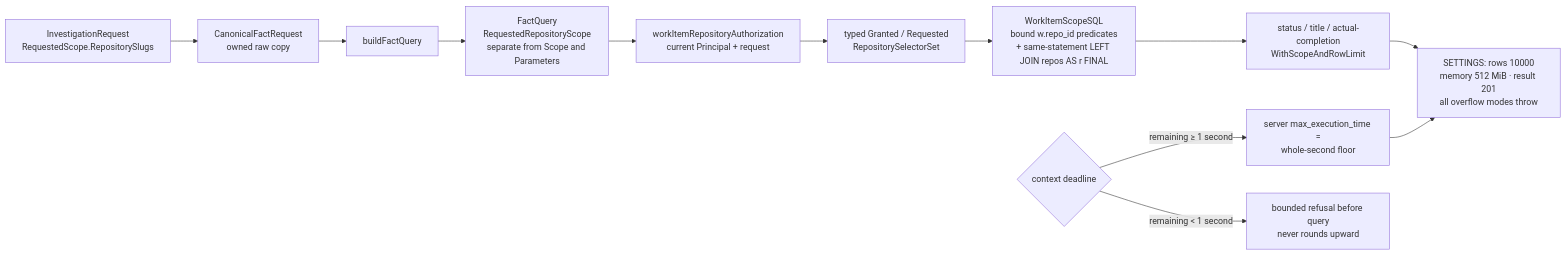
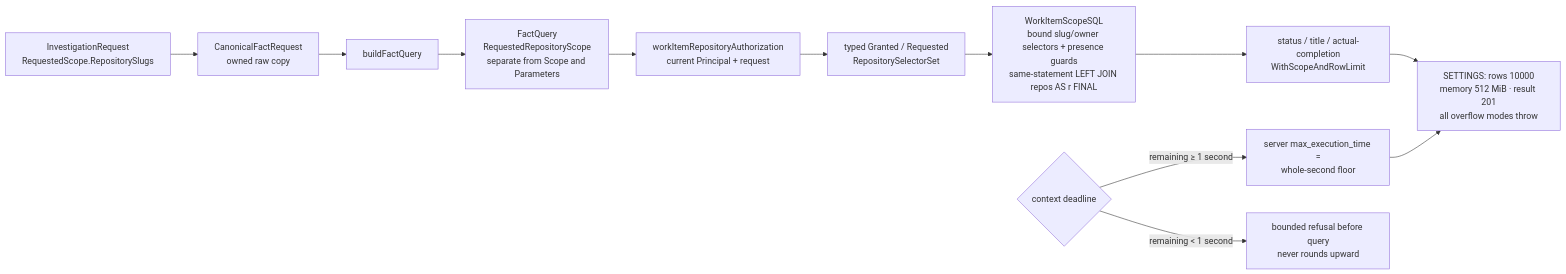
Before and after one commit to full-chaos/dev-health-acr: the fifth of 21 diagrams in docs/design/context-fabric-architecture-diagrams.md, drawn with Mermaid. The commit also changed other lines of this file, not shown here.

Commit message:
docs: clarify live selector metadata in reader diagram

````diff
--- a/docs/design/context-fabric-architecture-diagrams.md
+++ b/docs/design/context-fabric-architecture-diagrams.md
@@ -595,13 +596,13 @@
 ```mermaid
 flowchart LR
     REQ["InvestigationRequest<br/>RequestedScope.RepositorySlugs"] --> CFR["CanonicalFactRequest<br/>owned raw copy"]
     CFR --> BFQ["buildFactQuery"] --> FQ["FactQuery<br/>RequestedRepositoryScope<br/>separate from Scope and Parameters"]
     FQ --> AD["workItemRepositoryAuthorization<br/>current Principal + request"]
     AD --> TS["typed Granted / Requested<br/>RepositorySelectorSet"]
-    TS --> SQL["WorkItemScopeSQL<br/>bound w.repo_id predicates<br/>+ same-statement LEFT JOIN repos AS r FINAL"]
+    TS --> SQL["WorkItemScopeSQL<br/>bound slug/owner selectors + presence guards<br/>same-statement LEFT JOIN repos AS r FINAL"]
     SQL --> READ["status / title / actual-completion<br/>WithScopeAndRowLimit"]
     READ --> BOUNDS["SETTINGS: rows 10000<br/>memory 512 MiB · result 201<br/>all overflow modes throw"]
     CTX{"context deadline"} -->|"remaining ≥ 1 second"| SEC["server max_execution_time =<br/>whole-second floor"]
     CTX -->|"remaining < 1 second"| REFUSE["bounded refusal before query<br/>never rounds upward"]
     SEC --> BOUNDS
 ```
````
